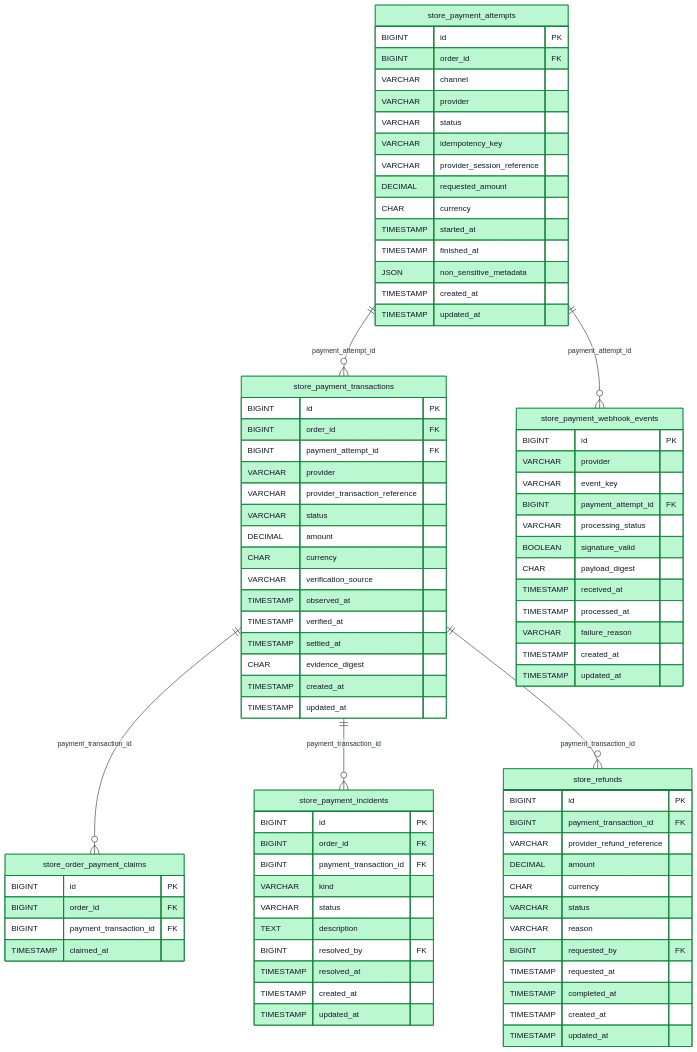
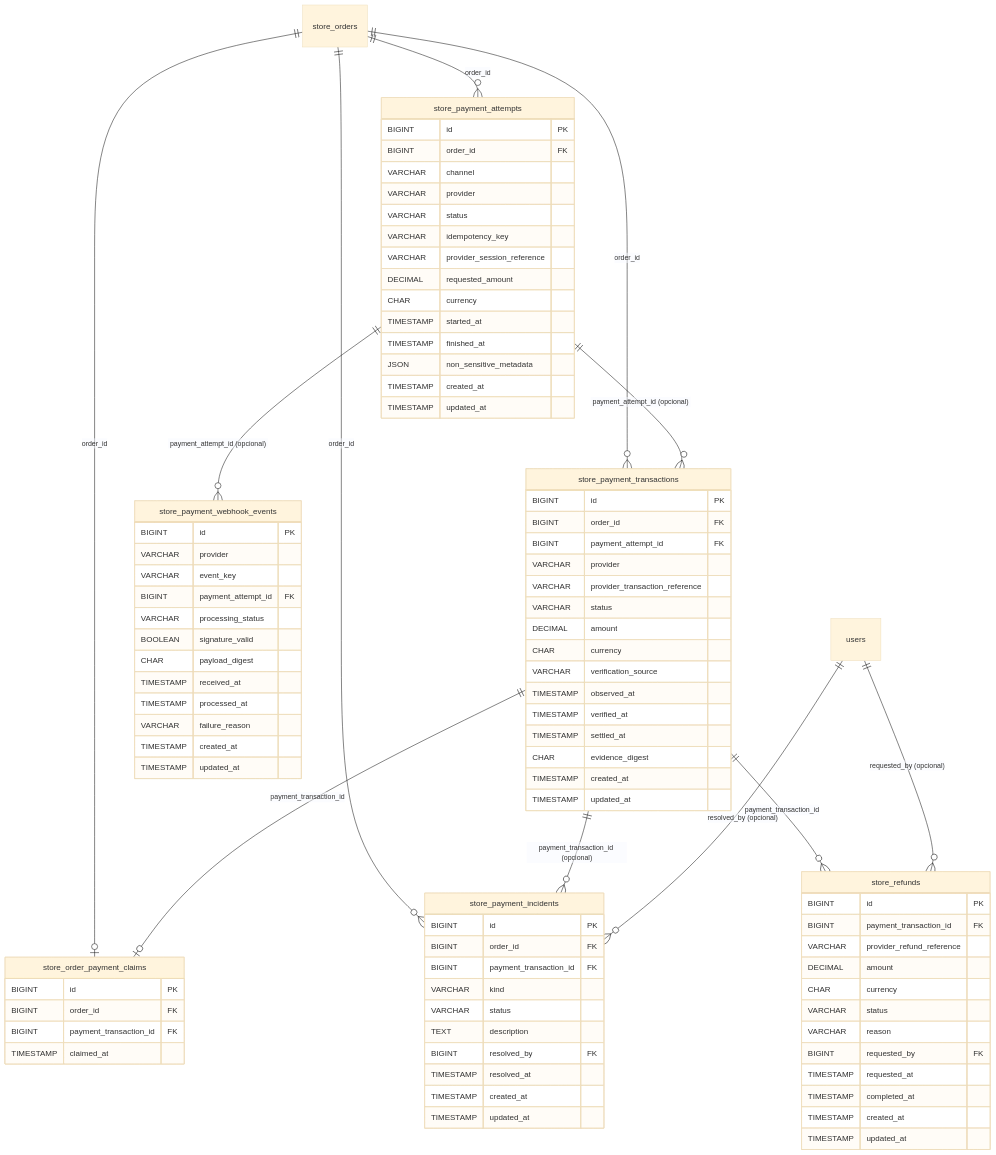
Before and after one commit to JIMMY1012102/UNDC-Pagos-Posgrado: the diagram in docs/modelo-datos/pagos.md, drawn with Mermaid (base theme). The commit also changed other lines of this file, not shown here.

Commit message:
docs(db): completar FK externas y cardinalidades de pagos

````diff
--- a/docs/modelo-datos/pagos.md
+++ b/docs/modelo-datos/pagos.md
@@ -81,15 +81,15 @@
 TIMESTAMP created_at
 TIMESTAMP updated_at
   }
-  store_payment_attempts ||--o{ store_payment_transactions : "payment_attempt_id"
-  store_payment_transactions ||--o{ store_order_payment_claims : "payment_transaction_id"
-  store_payment_attempts ||--o{ store_payment_webhook_events : "payment_attempt_id"
-  store_payment_transactions ||--o{ store_payment_incidents : "payment_transaction_id"
+  store_orders ||--o{ store_payment_attempts : "order_id"
+  store_orders ||--o{ store_payment_transactions : "order_id"
+  store_payment_attempts ||--o{ store_payment_transactions : "payment_attempt_id (opcional)"
+  store_orders ||--o| store_order_payment_claims : "order_id"
+  store_payment_transactions ||--o| store_order_payment_claims : "payment_transaction_id"
+  store_payment_attempts ||--o{ store_payment_webhook_events : "payment_attempt_id (opcional)"
+  store_orders ||--o{ store_payment_incidents : "order_id"
+  store_payment_transactions ||--o{ store_payment_incidents : "payment_transaction_id (opcional)"
+  users ||--o{ store_payment_incidents : "resolved_by (opcional)"
   store_payment_transactions ||--o{ store_refunds : "payment_transaction_id"
-  style store_payment_attempts fill:#BBF7D0,stroke:#15803D,color:#111827
-  style store_payment_transactions fill:#BBF7D0,stroke:#15803D,color:#111827
-  style store_order_payment_claims fill:#BBF7D0,stroke:#15803D,color:#111827
-  style store_payment_webhook_events fill:#BBF7D0,stroke:#15803D,color:#111827
-  style store_payment_incidents fill:#BBF7D0,stroke:#15803D,color:#111827
-  style store_refunds fill:#BBF7D0,stroke:#15803D,color:#111827
+  users ||--o{ store_refunds : "requested_by (opcional)"
 ```
````
